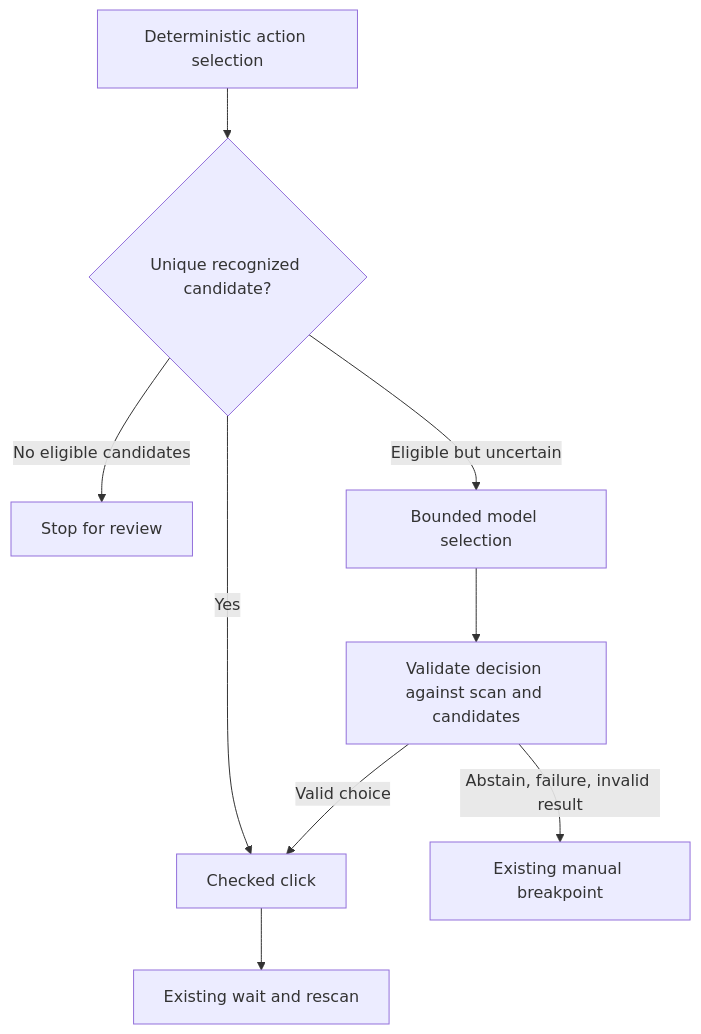
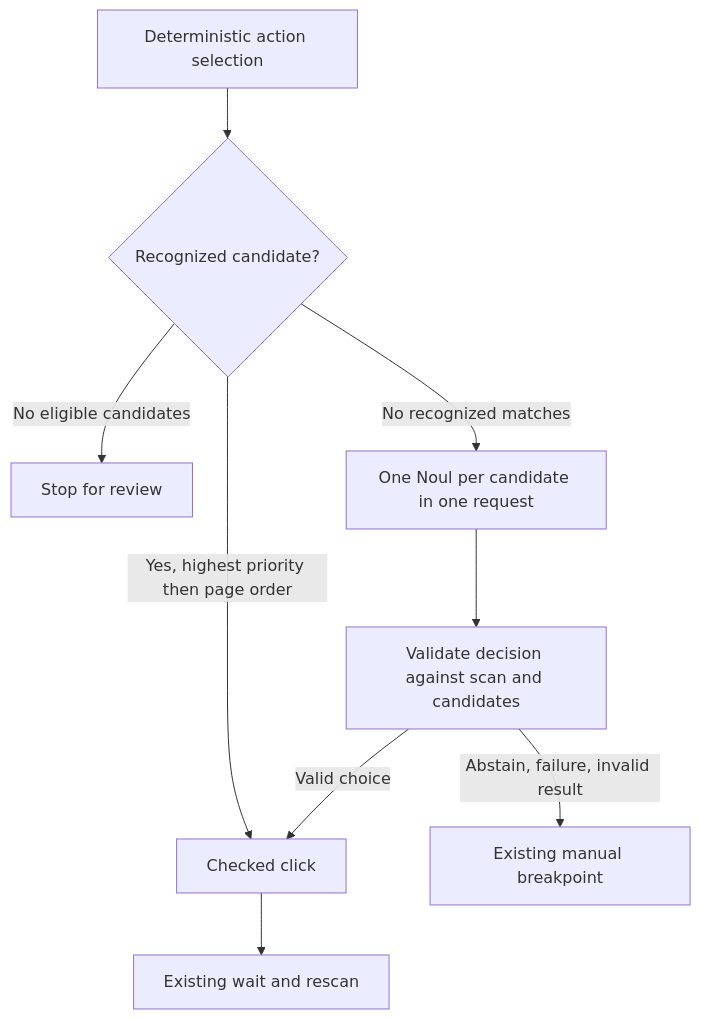
The fourth of 4 diagrams in docs/job-extension-tutorial.md (filipe-mendes-dev/ragnarok), drawn with Mermaid before and after one commit. The commit also changed other lines of this file and 9 other files, not shown here.

````diff
--- a/docs/job-extension-tutorial.md
+++ b/docs/job-extension-tutorial.md
@@ -1087,11 +1059,11 @@
 ```mermaid
 flowchart TD
-    Choose[Deterministic action selection] --> Unique{Unique recognized candidate?}
-    Unique -->|Yes| Click[Checked click]
-    Unique -->|No eligible candidates| Stop[Stop for review]
-    Unique -->|Eligible but uncertain| Model[Bounded model selection]
+    Choose[Deterministic action selection] --> Recognized{Recognized candidate?}
+    Recognized -->|Yes, highest priority then page order| Click[Checked click]
+    Recognized -->|No eligible candidates| Stop[Stop for review]
+    Recognized -->|No recognized matches| Model[One Noul per candidate in one request]
     Model --> Validate[Validate decision against scan and candidates]
     Validate -->|Valid choice| Click
     Validate -->|Abstain, failure, invalid result| Manual[Existing manual breakpoint]
     Click --> Wait[Existing wait and rescan]
 ```
````
